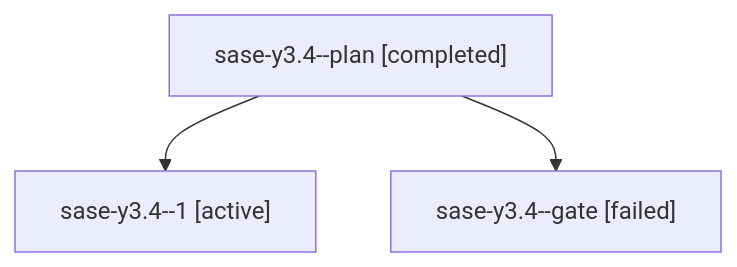
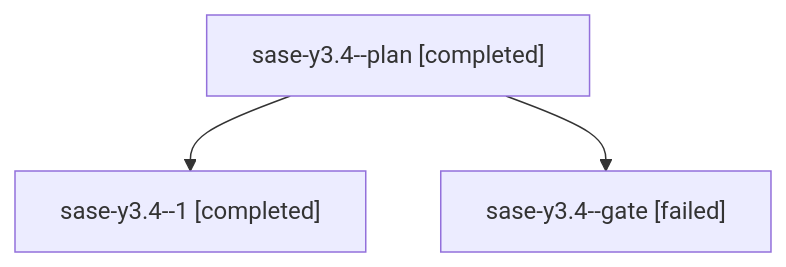
The diagram in families/bbugyi200.athena.sase-y3.4.md (sase-org/sase--agents), drawn with Mermaid before and after one commit. The commit also changed other lines of this file and 38 other files, not shown here.

````diff
--- a/families/bbugyi200.athena.sase-y3.4.md
+++ b/families/bbugyi200.athena.sase-y3.4.md
@@ -9,8 +9,8 @@
 ```mermaid
 flowchart TD
   n0["sase-y3.4--plan [completed]"]
-  n1["sase-y3.4--1 [active]"]
+  n1["sase-y3.4--1 [completed]"]
   n0 --> n1
   n2["sase-y3.4--gate [failed]"]
   n0 --> n2
 ```
````
